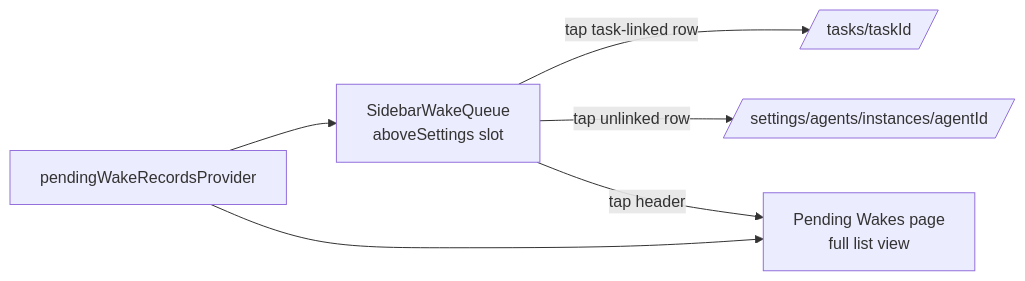
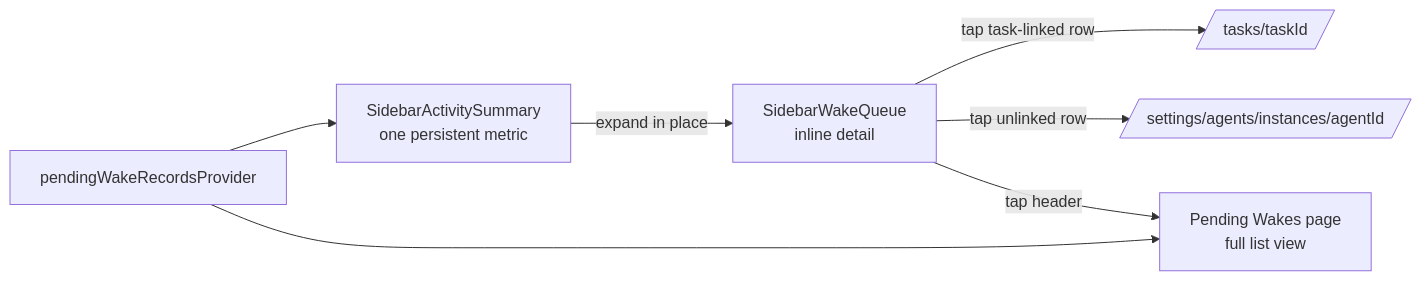
One commit to matthiasn/lotti changed the seventh of 23 diagrams in lib/features/agents/README.md. Above: the diagram before and after it, drawn with Mermaid. The commit also changed other lines of this file and 69 other files, not shown here.

````diff
--- a/lib/features/agents/README.md
+++ b/lib/features/agents/README.md
@@ -374,9 +373,10 @@
 ```mermaid
 flowchart LR
   Provider[pendingWakeRecordsProvider]
-  Provider --> WakeBlock[SidebarWakeQueue<br/>aboveSettings slot]
+  Provider --> Summary[SidebarActivitySummary<br/>one persistent metric]
+  Summary -->|expand in place| WakeBlock[SidebarWakeQueue<br/>inline detail]
   Provider --> WakesPage[Pending Wakes page<br/>full list view]
   WakeBlock -->|tap task-linked row| TaskRoute[/tasks/taskId/]
   WakeBlock -->|tap unlinked row| InstanceRoute[/settings/agents/instances/agentId/]
   WakeBlock -->|tap header| WakesPage
 ```
````
